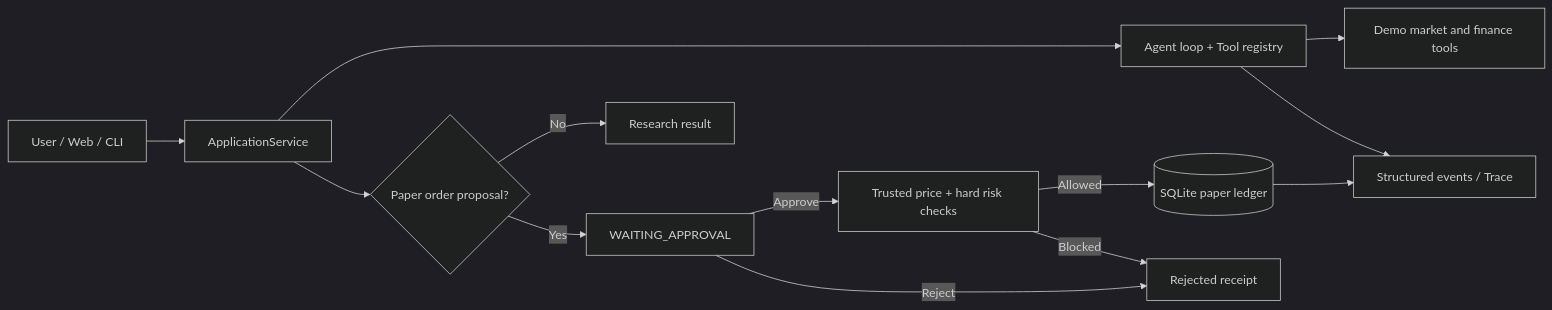
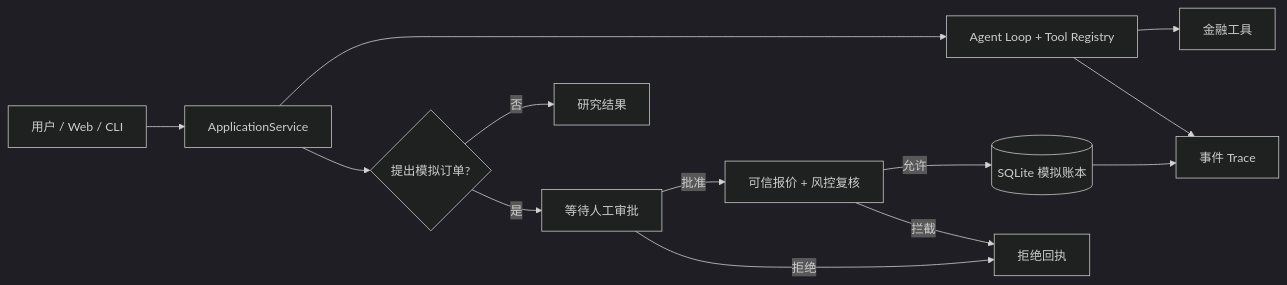
Before and after one commit to lifee3421/FinGuard: the diagram in README.md, drawn with Mermaid (dark theme). The commit also changed other lines of this file and 2 other files, not shown here.

````diff
--- a/README.md
+++ b/README.md
@@ -57,15 +59,15 @@
 ```mermaid
 flowchart LR
-    U[User / Web / CLI] --> A[ApplicationService]
-    A --> L[Agent loop + Tool registry]
-    L --> F[Demo market and finance tools]
-    L --> T[Structured events / Trace]
-    A --> H{Paper order proposal?}
-    H -->|No| R[Research result]
-    H -->|Yes| P[WAITING_APPROVAL]
-    P -->|Approve| K[Trusted price + hard risk checks]
-    P -->|Reject| X[Rejected receipt]
-    K -->|Allowed| DB[(SQLite paper ledger)]
-    K -->|Blocked| X
-    DB --> T
+    A[用户 / Web / CLI] --> B[ApplicationService]
+    B --> C[Agent Loop + Tool Registry]
+    C --> D[金融工具]
+    C --> E[事件 Trace]
+    B --> F{提出模拟订单?}
+    F -->|否| G[研究结果]
+    F -->|是| H[等待人工审批]
+    H -->|批准| I[可信报价 + 风控复核]
+    H -->|拒绝| J[拒绝回执]
+    I -->|允许| K[(SQLite 模拟账本)]
+    I -->|拦截| J
+    K --> E
 ```
````
